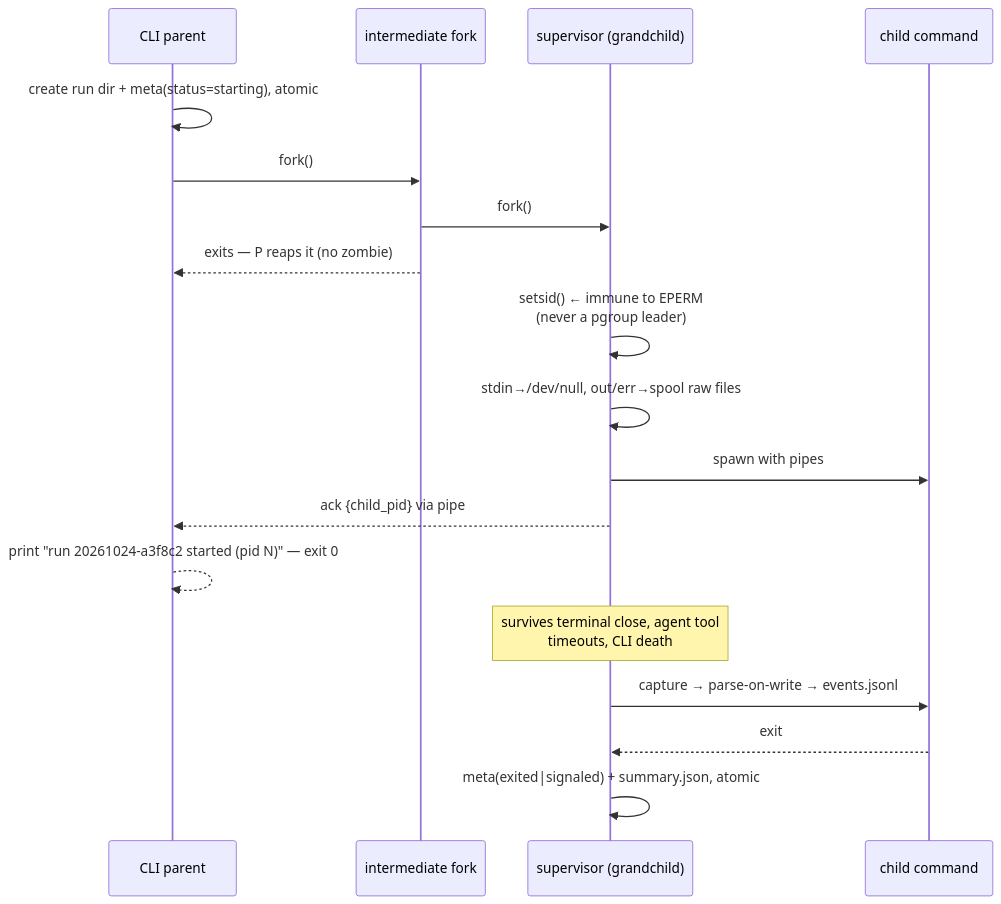
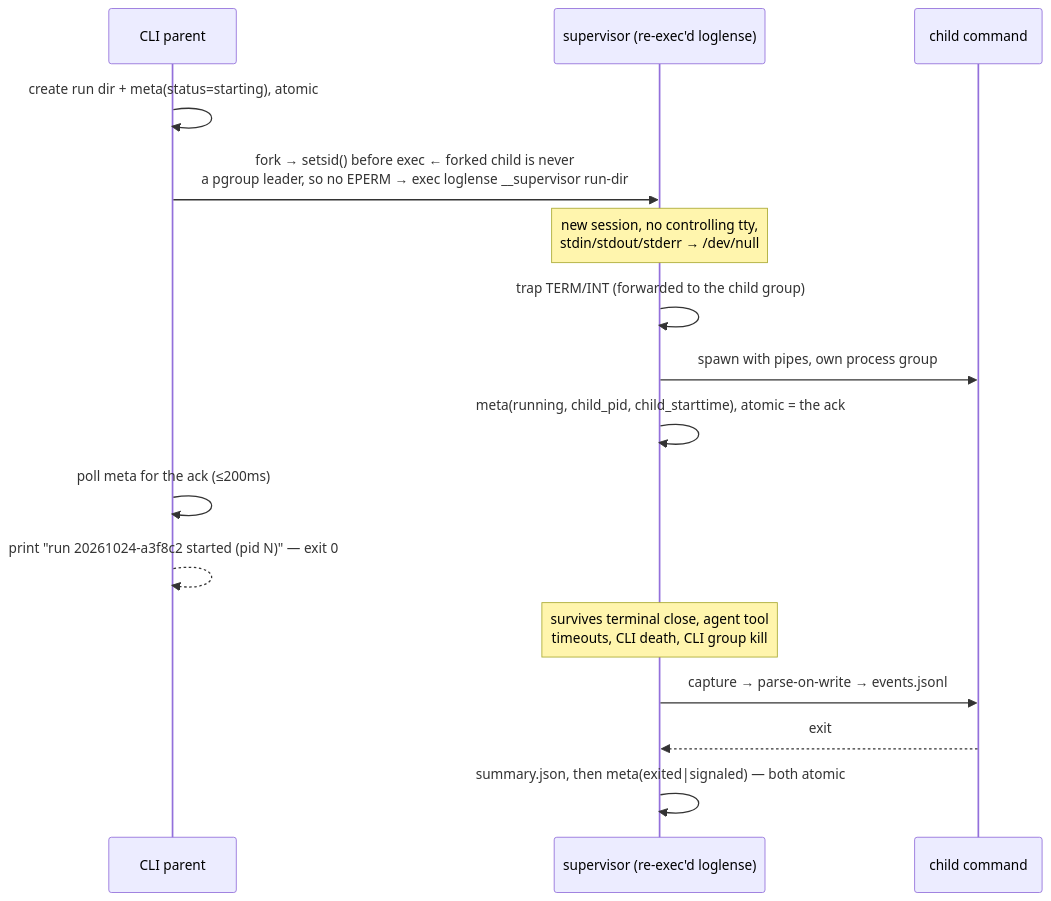
One commit to LichHunter/loglense changed the sixth of 9 diagrams in docs/architecture.md. Above: the diagram before and after it, drawn with Mermaid. The commit also changed other lines of this file and 22 other files, not shown here.

````diff
--- a/docs/architecture.md
+++ b/docs/architecture.md
@@ -251,21 +251,19 @@
 ```mermaid
 sequenceDiagram
     participant P as CLI parent
-    participant I as intermediate fork
-    participant S as supervisor (grandchild)
+    participant S as supervisor (re-exec'd loglense)
     participant C as child command
 
     P->>P: create run dir + meta(status=starting), atomic
-    P->>I: fork()
-    I->>S: fork()
-    I-->>P: exits — P reaps it (no zombie)
-    S->>S: setsid() ← immune to EPERM<br/>(never a pgroup leader)
-    S->>S: stdin→/dev/null, out/err→spool raw files
-    S->>C: spawn with pipes
-    S-->>P: ack {child_pid} via pipe
+    P->>S: fork → setsid() before exec ← forked child is never<br/>a pgroup leader, so no EPERM → exec loglense __supervisor run-dir
+    Note over S: new session, no controlling tty,<br/>stdin/stdout/stderr → /dev/null
+    S->>S: trap TERM/INT (forwarded to the child group)
+    S->>C: spawn with pipes, own process group
+    S->>S: meta(running, child_pid, child_starttime), atomic = the ack
+    P->>P: poll meta for the ack (≤200ms)
     P-->>P: print "run 20261024-a3f8c2 started (pid N)" — exit 0
-    Note over S: survives terminal close, agent tool<br/>timeouts, CLI death
+    Note over S: survives terminal close, agent tool<br/>timeouts, CLI death, CLI group kill
     S->>C: capture → parse-on-write → events.jsonl
     C-->>S: exit
-    S->>S: meta(exited|signaled) + summary.json, atomic
+    S->>S: summary.json, then meta(exited|signaled) — both atomic
 ```
````
